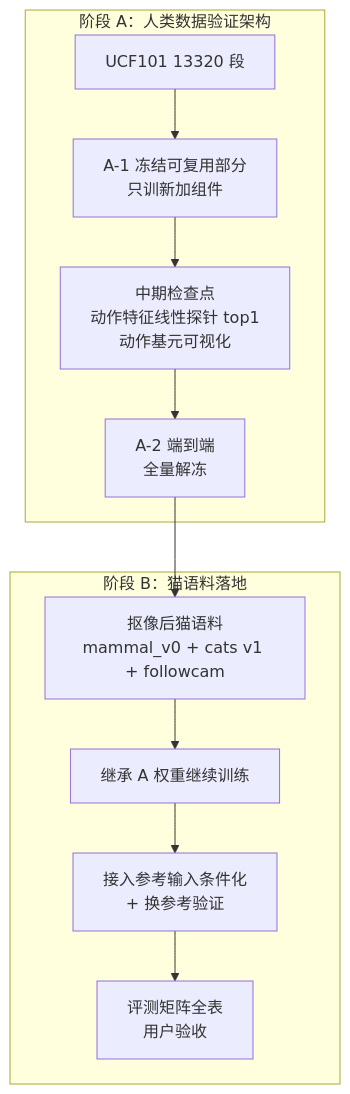
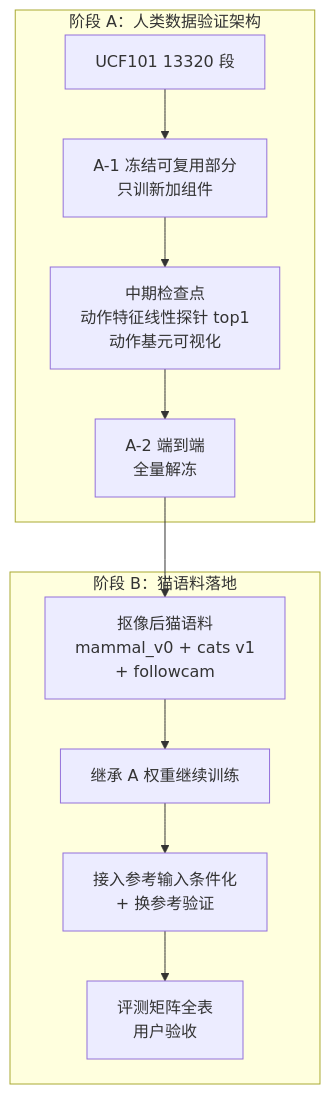
The fifth of 5 diagrams in management/docs/action-model-design.md (gongshangzheng/pet-action-recognition), drawn with Mermaid before and after one commit. The commit also changed other lines of this file and 2 other files, not shown here.

Commit message:
docs: 术语纠正（TIV→身份潜变量、TV→行为素）+ Mermaid 标签主动换行（长标签加 <br/>，skill 写入「每行 ≤14 字」规则）

````diff
--- a/management/docs/action-model-design.md
+++ b/management/docs/action-model-design.md
@@ -768,16 +768,16 @@
 ```mermaid
 flowchart TD
     subgraph PA["阶段 A：人类数据验证架构"]
         SA1[UCF101 13320 段] --> SA2["A-1 冻结可复用部分<br/>只训新加组件"]
         SA2 --> SA3["中期检查点<br/>动作特征线性探针 top1<br/>动作基元可视化"]
         SA3 --> SA4["A-2 端到端<br/>全量解冻"]
     end
 
     subgraph PB["阶段 B：猫语料落地"]
-        SB1[抠像后猫语料<br/>mammal_v0 + cats v1 + followcam] --> SB2[继承 A 权重继续训练]
+        SB1["抠像后猫语料<br/>mammal_v0 + cats v1<br/>+ followcam"] --> SB2[继承 A 权重继续训练]
         SB2 --> SB3["接入参考输入条件化<br/>+ 换参考验证"]
         SB3 --> SB4[评测矩阵全表<br/>用户验收]
     end
 
     SA4 --> SB1
 ```
````
